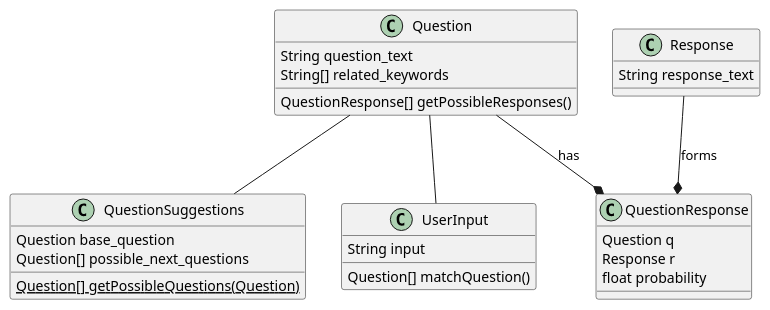
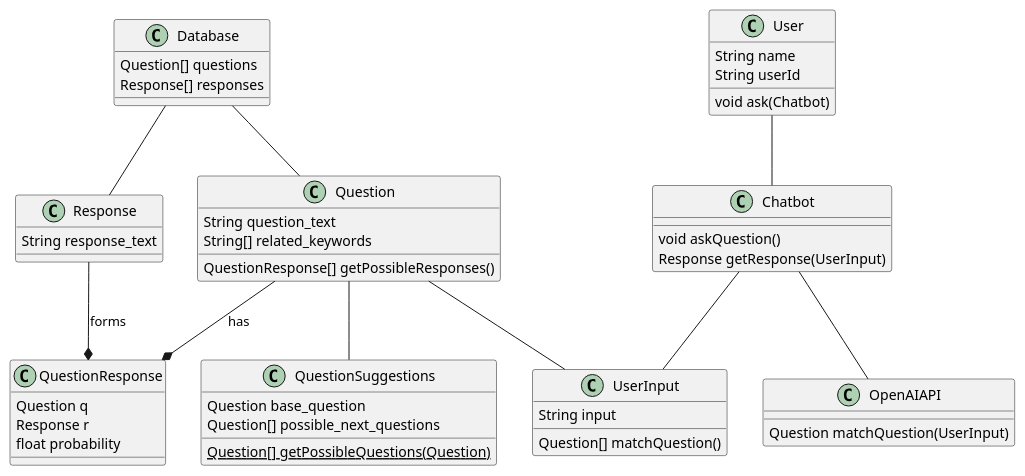
Before and after one commit to zegLine/thuBOT: the diagram in docs/architecture/class_diagram.puml, drawn with PlantUML. The commit also changed 3 other files, not shown here.

```diff
--- a/docs/architecture/class_diagram.puml
+++ b/docs/architecture/class_diagram.puml
@@ -1,34 +1,60 @@
 @startuml ThuBot
-    class Question {
-        String question_text
-        String[] related_keywords
-        QuestionResponse[] getPossibleResponses()
-    }
 
-    class Response {
-        String response_text
-    }
+class Question {
+    String question_text
+    String[] related_keywords
+    QuestionResponse[] getPossibleResponses()
+}
 
-    class QuestionResponse {
-        Question q
-        Response r
-        float probability
-    }
+class Response {
+    String response_text
+}
 
-    class QuestionSuggestions {
-        Question base_question
-        Question[] possible_next_questions
+class QuestionResponse {
+    Question q
+    Response r
+    float probability
+}
 
-        {static} Question[] getPossibleQuestions(Question)
-    }
+class QuestionSuggestions {
+    Question base_question
+    Question[] possible_next_questions
+    {static} Question[] getPossibleQuestions(Question)
+}
 
-    class UserInput {
-        String input
-        Question[] matchQuestion()
-    }
+class UserInput {
+    String input
+    Question[] matchQuestion()
+}
 
-    Question --* QuestionResponse : has
-    Response --* QuestionResponse : forms
-    Question -- QuestionSuggestions
-    Question -- UserInput
+class Database {
+    Question[] questions
+    Response[] responses
+}
+
+class Chatbot {
+    void askQuestion()
+    Response getResponse(UserInput)
+}
+
+class OpenAIAPI {
+    Question matchQuestion(UserInput)
+}
+
+class User {
+    String name
+    String userId
+    void ask(Chatbot)
+}
+
+Question --* QuestionResponse : has
+Response --* QuestionResponse : forms
+Question -- QuestionSuggestions
+Question -- UserInput
+Chatbot -- UserInput
+Chatbot -- OpenAIAPI
+Database -- Question
+Database -- Response
+User -- Chatbot
+
 @enduml
```
